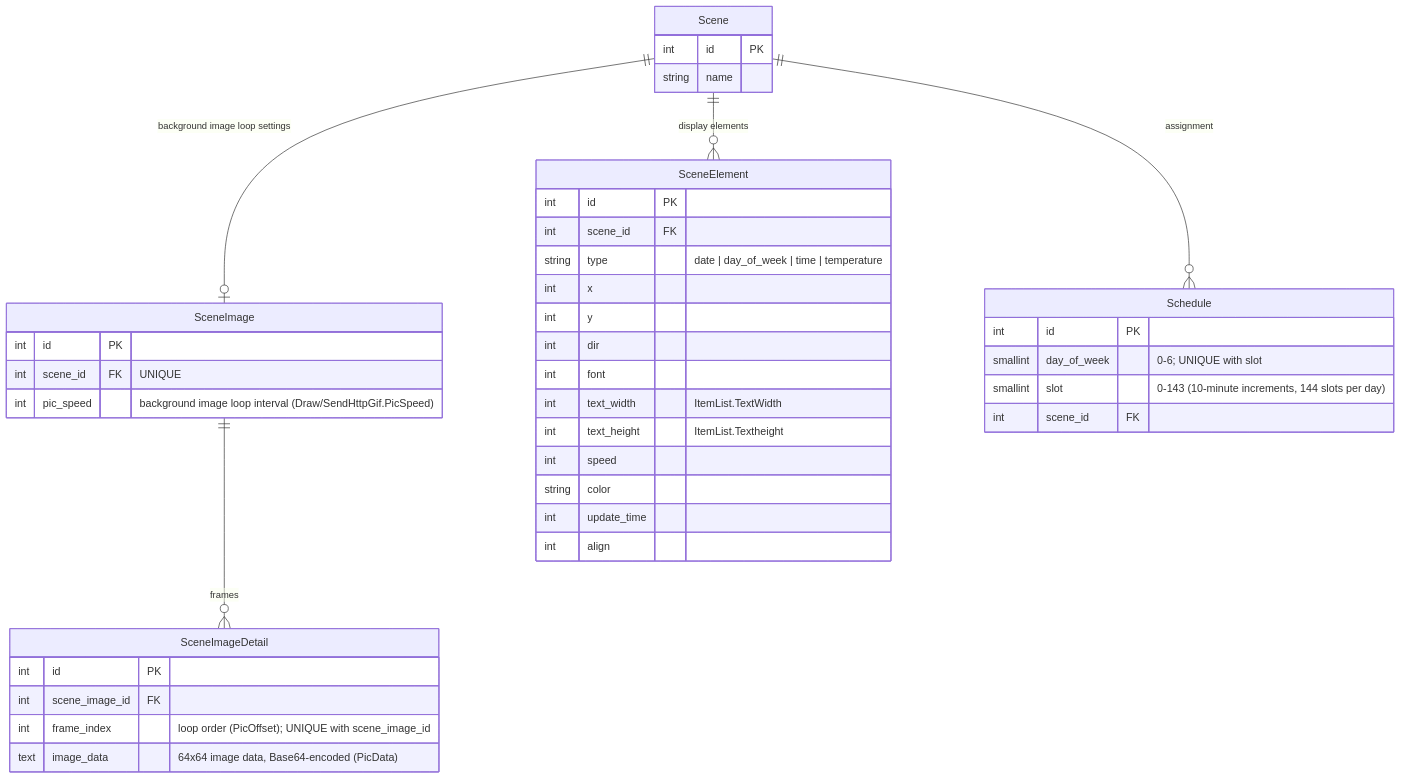
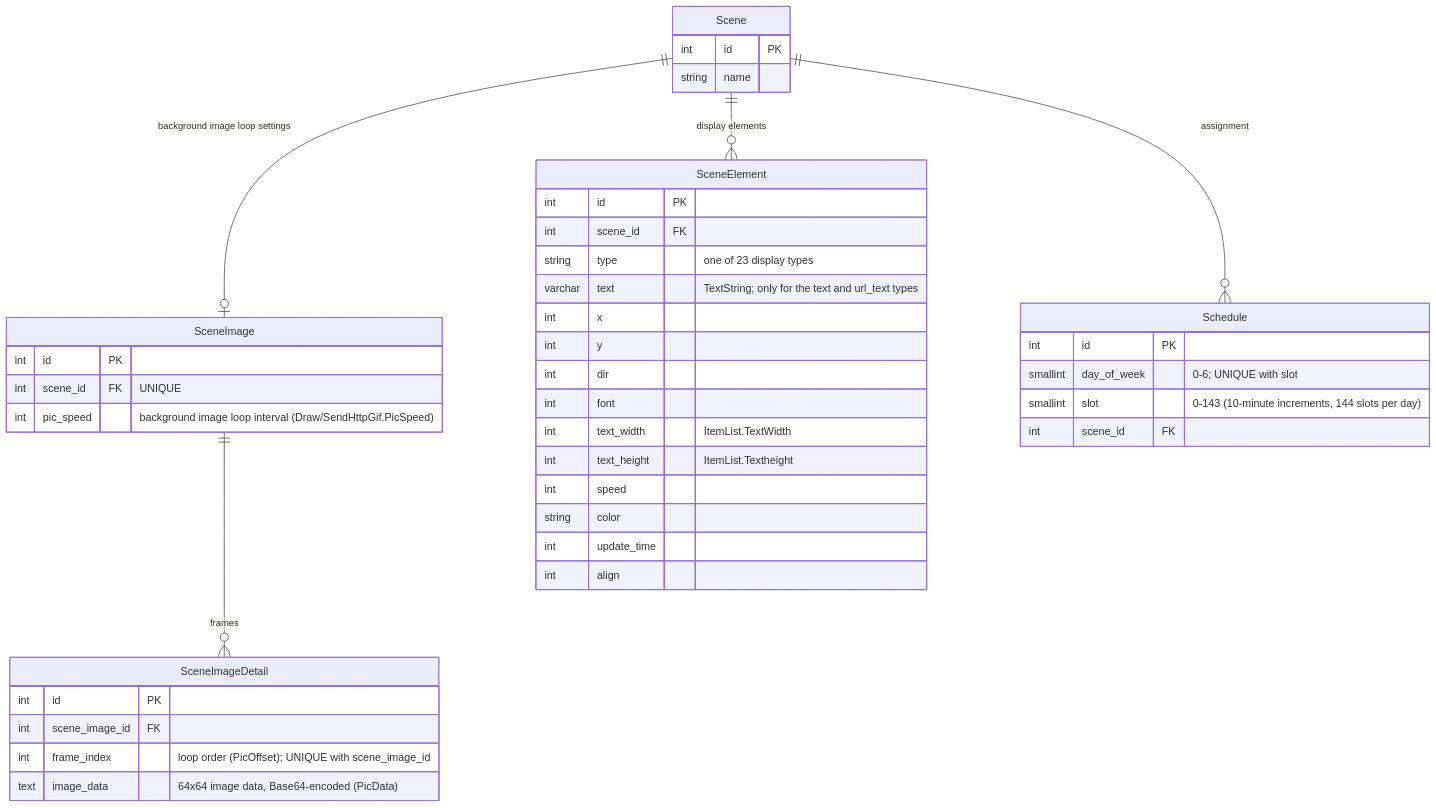
The second of 2 diagrams in README.md (leon0128/PixooController_v2), drawn with Mermaid before and after one commit. The commit also changed other lines of this file and 23 other files, not shown here.

Commit message:
[update] Add all 23 display types to scene elements

````diff
--- a/README.md
+++ b/README.md
@@ -107,48 +108,49 @@
 ```mermaid
 erDiagram
     Scene ||--o| SceneImage : "background image loop settings"
     SceneImage ||--o{ SceneImageDetail : "frames"
     Scene ||--o{ SceneElement : "display elements"
     Scene ||--o{ Schedule : "assignment"
 
     Scene {
         int id PK
         string name
     }
 
     SceneImage {
         int id PK
         int scene_id FK "UNIQUE"
         int pic_speed "background image loop interval (Draw/SendHttpGif.PicSpeed)"
     }
 
     SceneImageDetail {
         int id PK
         int scene_image_id FK
         int frame_index "loop order (PicOffset); UNIQUE with scene_image_id"
         text image_data "64x64 image data, Base64-encoded (PicData)"
     }
 
     SceneElement {
         int id PK
         int scene_id FK
-        string type "date | day_of_week | time | temperature"
+        string type "one of 23 display types"
+        varchar text "TextString; only for the text and url_text types"
         int x
         int y
         int dir
         int font
         int text_width "ItemList.TextWidth"
         int text_height "ItemList.Textheight"
         int speed
         string color
         int update_time
         int align
     }
 
     Schedule {
         int id PK
         smallint day_of_week "0-6; UNIQUE with slot"
         smallint slot "0-143 (10-minute increments, 144 slots per day)"
         int scene_id FK
     }
 ```
````
